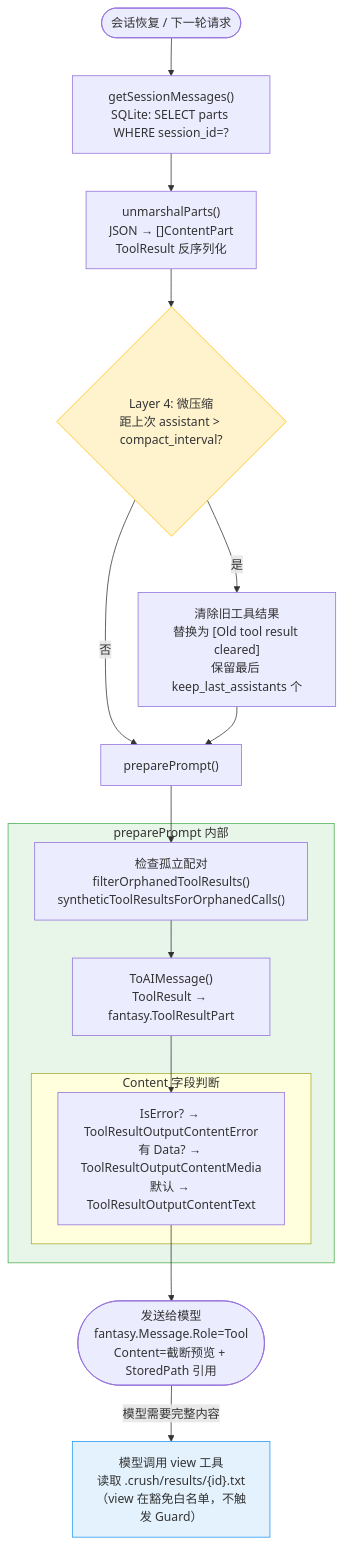
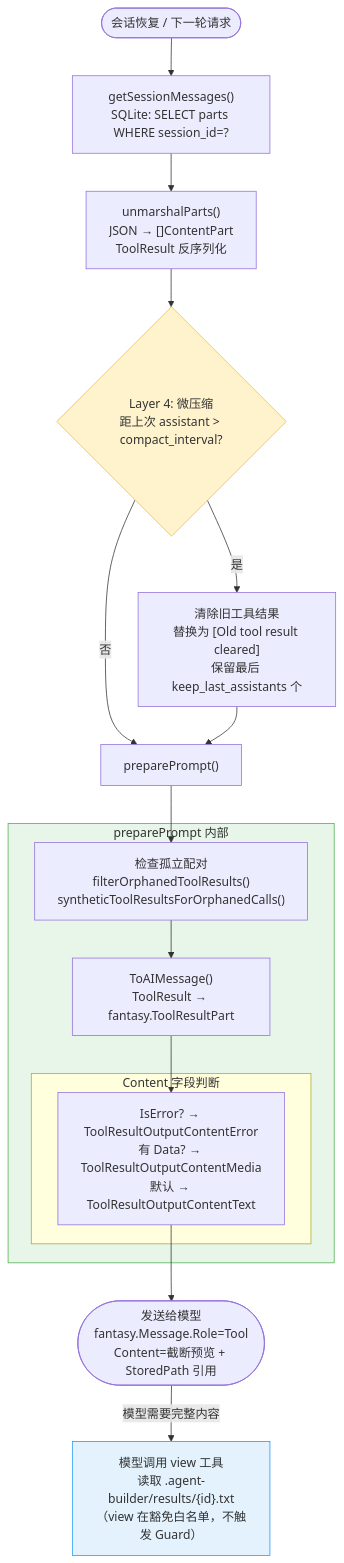
Before and after one commit to CIPFZ/agent-builder: the third of 3 diagrams in docs/tool-result-guard-design.md, drawn with Mermaid. The commit also changed other lines of this file and 417 other files, not shown here.

Commit message:
Migrate module path and refine timeline UI

````diff
--- a/docs/tool-result-guard-design.md
+++ b/docs/tool-result-guard-design.md
@@ -311,34 +311,34 @@
 ```mermaid
 flowchart TD
     RESUME(["会话恢复 / 下一轮请求"]) --> LOAD["getSessionMessages()<br/>SQLite: SELECT parts WHERE session_id=?"]
 
     LOAD --> UNMARSHAL["unmarshalParts()<br/>JSON → []ContentPart<br/>ToolResult 反序列化"]
 
     UNMARSHAL --> COMPACT{"Layer 4: 微压缩<br/>距上次 assistant > compact_interval?"}
 
     COMPACT -->|"是"| CLEAR["清除旧工具结果<br/>替换为 [Old tool result cleared]<br/>保留最后 keep_last_assistants 个"]
     COMPACT -->|"否"| PREPARE
 
     CLEAR --> PREPARE["preparePrompt()"]
 
     subgraph PREPARE_INTERNAL["preparePrompt 内部"]
         ORPHAN_CHECK["检查孤立配对<br/>filterOrphanedToolResults()<br/>syntheticToolResultsForOrphanedCalls()"]
         CONVERT_MSG["ToAIMessage()<br/>ToolResult → fantasy.ToolResultPart"]
 
         subgraph CONTENT_TYPE["Content 字段判断"]
             TEXT["IsError? → ToolResultOutputContentError<br/>有 Data? → ToolResultOutputContentMedia<br/>默认 → ToolResultOutputContentText"]
         end
     end
 
     PREPARE --> ORPHAN_CHECK
     ORPHAN_CHECK --> CONVERT_MSG
     CONVERT_MSG --> TEXT
 
     TEXT --> MODEL(["发送给模型<br/>fantasy.Message.Role=Tool<br/>Content=截断预览 + StoredPath 引用"])
 
-    MODEL -->|"模型需要完整内容"| VIEW["模型调用 view 工具<br/>读取 .crush/results/{id}.txt<br/>（view 在豁免白名单，不触发 Guard）"]
+    MODEL -->|"模型需要完整内容"| VIEW["模型调用 view 工具<br/>读取 .agent-builder/results/{id}.txt<br/>（view 在豁免白名单，不触发 Guard）"]
 
     style COMPACT fill:#fff3cd,stroke:#ffc107
     style PREPARE_INTERNAL fill:#e8f5e9,stroke:#4caf50
     style VIEW fill:#e3f2fd,stroke:#2196f3
 ```
````
